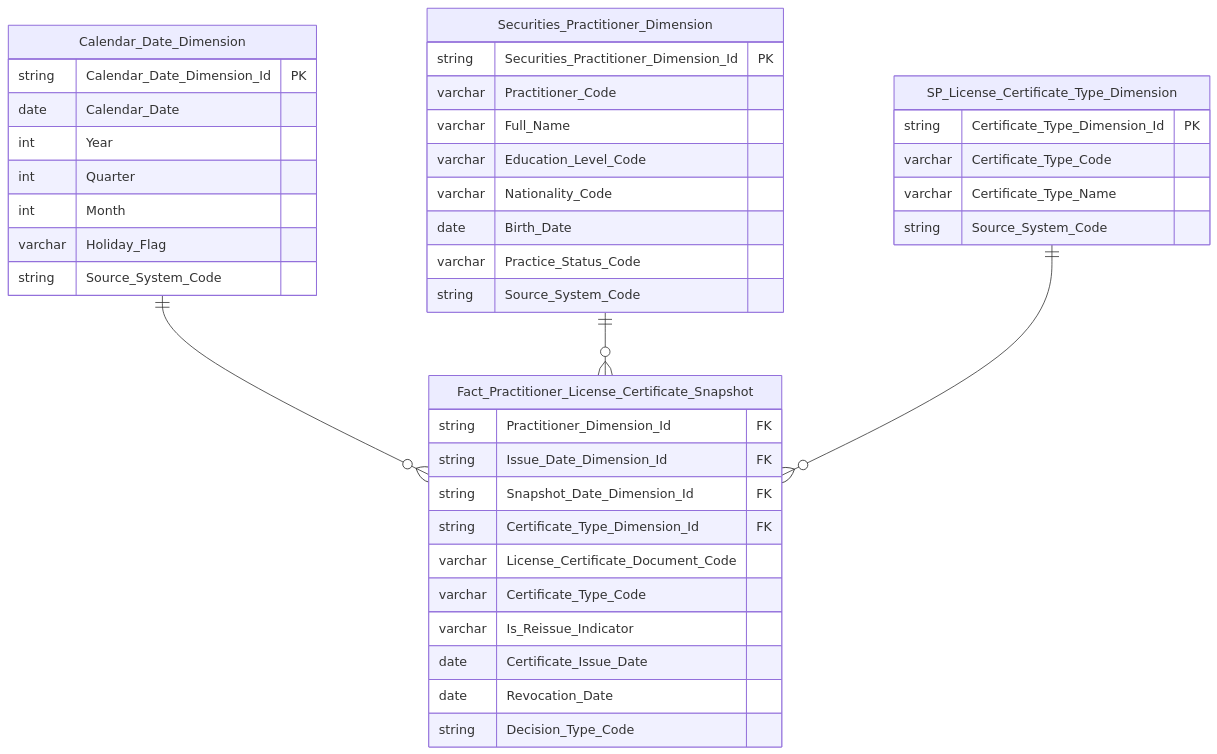
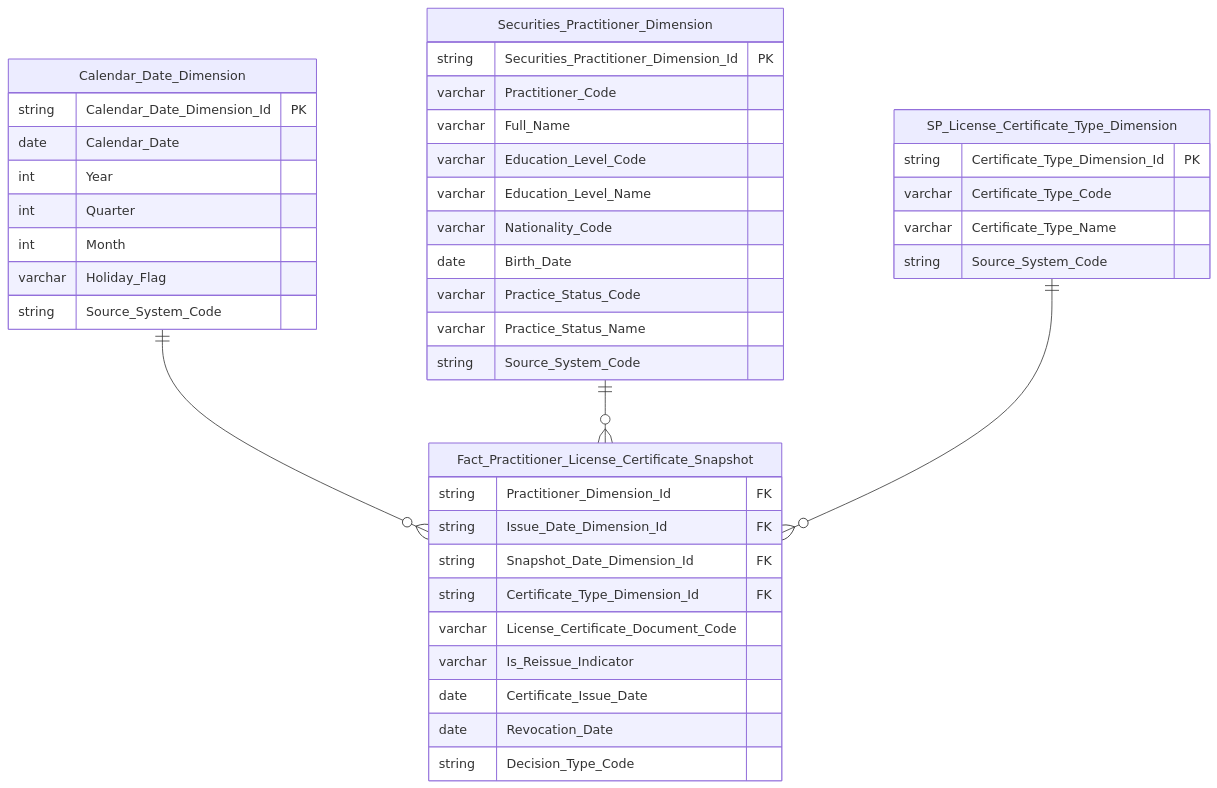
Diagram 12 of 40 in Datamart/hld/DTM_NHNCK_HLD.md (linhlvit/ubck_atomic_design), drawn with Mermaid before and after one commit. The commit also changed other lines of this file and 60 other files, not shown here.

````diff
--- a/Datamart/hld/DTM_NHNCK_HLD.md
+++ b/Datamart/hld/DTM_NHNCK_HLD.md
@@ -425,47 +433,48 @@
 ```mermaid
 erDiagram
     Calendar_Date_Dimension ||--o{ Fact_Practitioner_License_Certificate_Snapshot : " "
     Securities_Practitioner_Dimension ||--o{ Fact_Practitioner_License_Certificate_Snapshot : " "
     SP_License_Certificate_Type_Dimension ||--o{ Fact_Practitioner_License_Certificate_Snapshot : " "
 
     Fact_Practitioner_License_Certificate_Snapshot {
         string Practitioner_Dimension_Id FK
         string Issue_Date_Dimension_Id FK
         string Snapshot_Date_Dimension_Id FK
         string Certificate_Type_Dimension_Id FK
         varchar License_Certificate_Document_Code
-        varchar Certificate_Type_Code
         varchar Is_Reissue_Indicator
         date Certificate_Issue_Date
         date Revocation_Date
         string Decision_Type_Code
     }
 
     Calendar_Date_Dimension {
         string Calendar_Date_Dimension_Id PK
         date Calendar_Date
         int Year
         int Quarter
         int Month
         varchar Holiday_Flag
         string Source_System_Code
     }
 
     Securities_Practitioner_Dimension {
         string Securities_Practitioner_Dimension_Id PK
         varchar Practitioner_Code
         varchar Full_Name
         varchar Education_Level_Code
+        varchar Education_Level_Name
         varchar Nationality_Code
         date Birth_Date
         varchar Practice_Status_Code
+        varchar Practice_Status_Name
         string Source_System_Code
     }
 
     SP_License_Certificate_Type_Dimension {
         string Certificate_Type_Dimension_Id PK
         varchar Certificate_Type_Code
         varchar Certificate_Type_Name
         string Source_System_Code
     }
 ```
````
